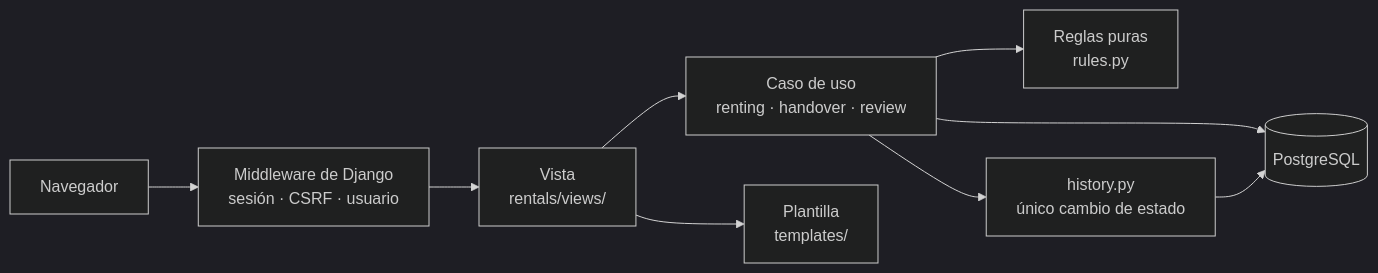
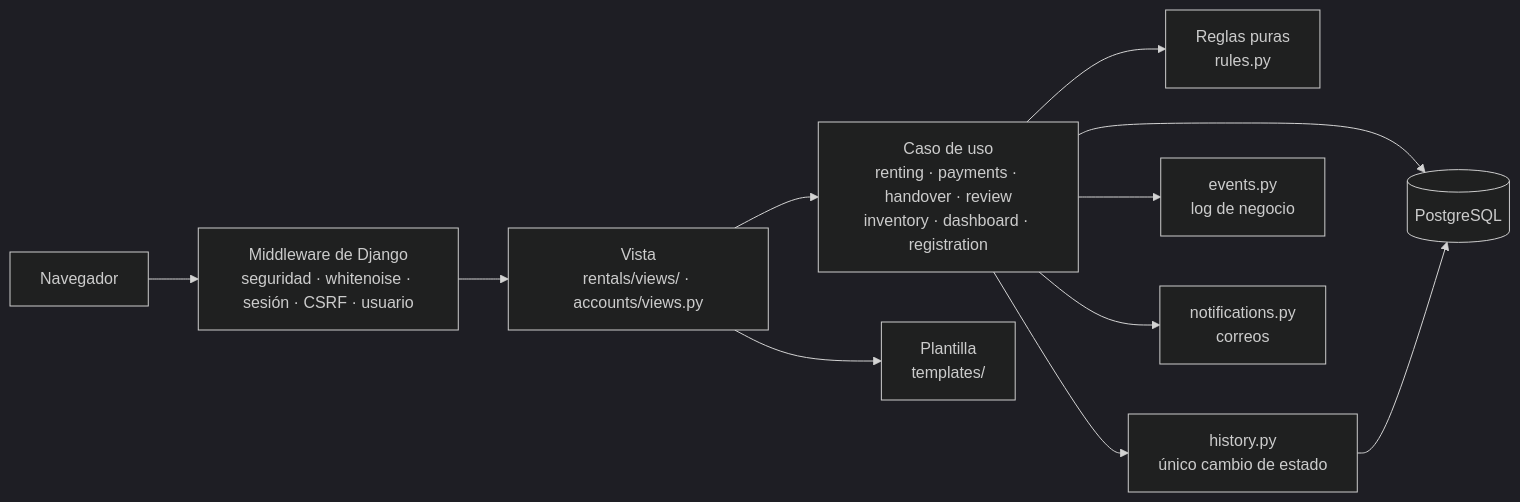
One commit to peterteranb/astra-rent-system changed the first of 3 diagrams in docs/arquitectura.md. Above: the diagram before and after it, drawn with Mermaid (dark theme). The commit also changed other lines of this file and 6 other files, not shown here.

````diff
--- a/docs/arquitectura.md
+++ b/docs/arquitectura.md
@@ -7,11 +8,13 @@
 ```mermaid
 flowchart LR
-    N[Navegador] --> M[Middleware de Django<br/>sesión · CSRF · usuario]
-    M --> V[Vista<br/>rentals/views/]
-    V --> U[Caso de uso<br/>renting · handover · review]
+    N[Navegador] --> M[Middleware de Django<br/>seguridad · whitenoise · sesión · CSRF · usuario]
+    M --> V[Vista<br/>rentals/views/ · accounts/views.py]
+    V --> U[Caso de uso<br/>renting · payments · handover · review<br/>inventory · dashboard · registration]
     U --> R[Reglas puras<br/>rules.py]
     U --> H[history.py<br/>único cambio de estado]
+    U --> L[events.py<br/>log de negocio]
+    U --> E[notifications.py<br/>correos]
     U --> BD[(PostgreSQL)]
     H --> BD
     V --> T[Plantilla<br/>templates/]
 ```
````
